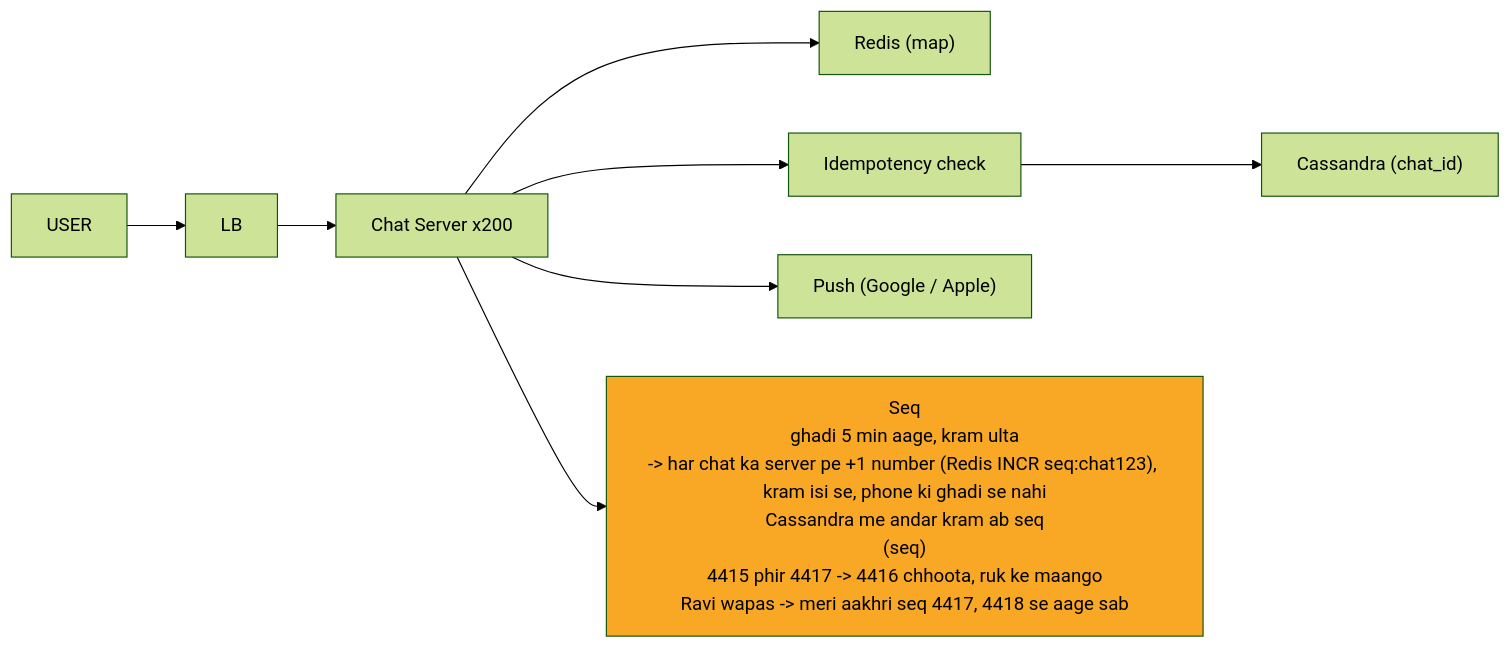
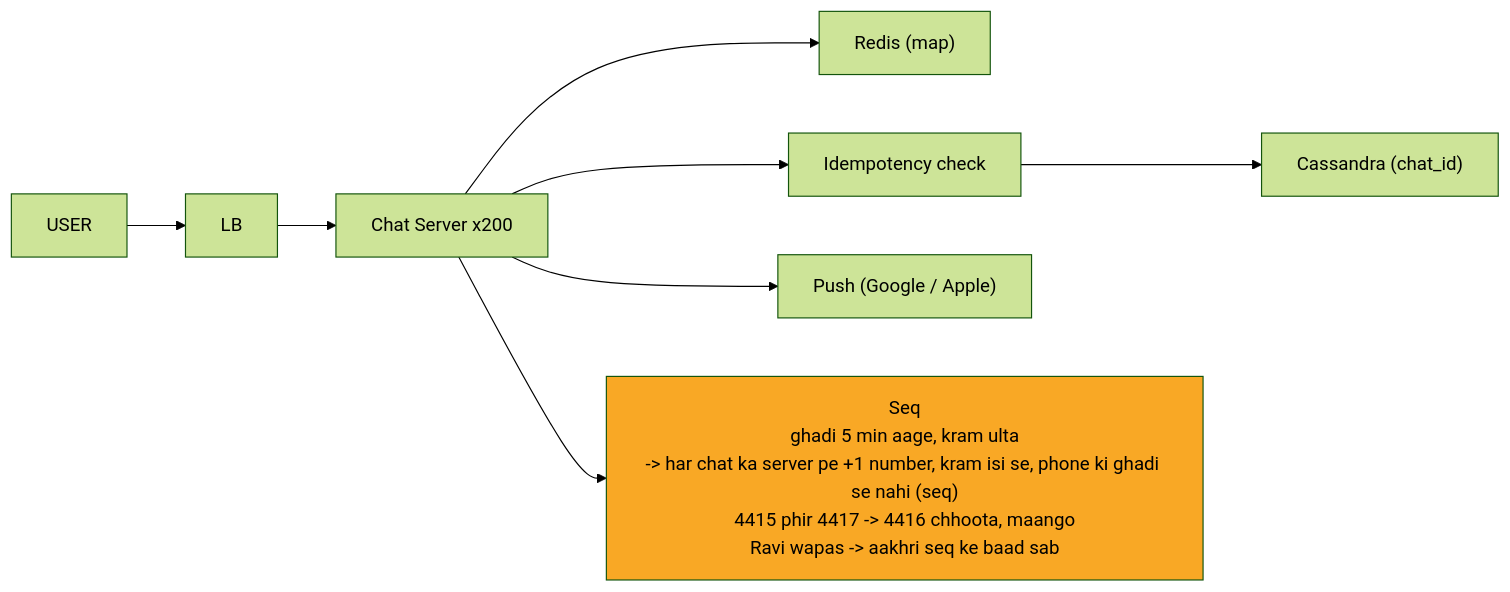
The diagram in 04_HLD/SYSTEM_DESIGNS/14_chat_messaging/img/c6.mmd (ArpanMaheshwari144/Prep), drawn with Mermaid (forest theme) before and after one commit. The commit also changed 43 other files, not shown here.

```diff
--- a/04_HLD/SYSTEM_DESIGNS/14_chat_messaging/img/c6.mmd
+++ b/04_HLD/SYSTEM_DESIGNS/14_chat_messaging/img/c6.mmd
@@ -1,18 +1,18 @@
 %%{init: {"flowchart": {"wrappingWidth": 450}}}%%
 flowchart LR
     n_U["USER"]
     n_LB["LB"]
     n_CS["Chat Server x200"]
     n_R["Redis (map)"]
     n_I["Idempotency check"]
     n_CA["Cassandra (chat_id)"]
     n_P["Push (Google / Apple)"]
-    n_SQ["Seq<br/>ghadi 5 min aage, kram ulta<br/>-> har chat ka server pe +1 number (Redis INCR seq:chat123), kram isi se, phone ki ghadi se nahi<br/>Cassandra me andar kram ab seq<br/>(seq)<br/>4415 phir 4417 -> 4416 chhoota, ruk ke maango<br/>Ravi wapas -> meri aakhri seq 4417, 4418 se aage sab"]
+    n_SQ["Seq<br/>ghadi 5 min aage, kram ulta<br/>-> har chat ka server pe +1 number, kram isi se, phone ki ghadi se nahi (seq)<br/>4415 phir 4417 -> 4416 chhoota, maango<br/>Ravi wapas -> aakhri seq ke baad sab"]
     n_U --> n_LB
     n_LB --> n_CS
     n_CS --> n_R
     n_CS --> n_I
     n_I --> n_CA
     n_CS --> n_P
     n_CS --> n_SQ
     style n_SQ fill:#f9a825,color:#000
```
